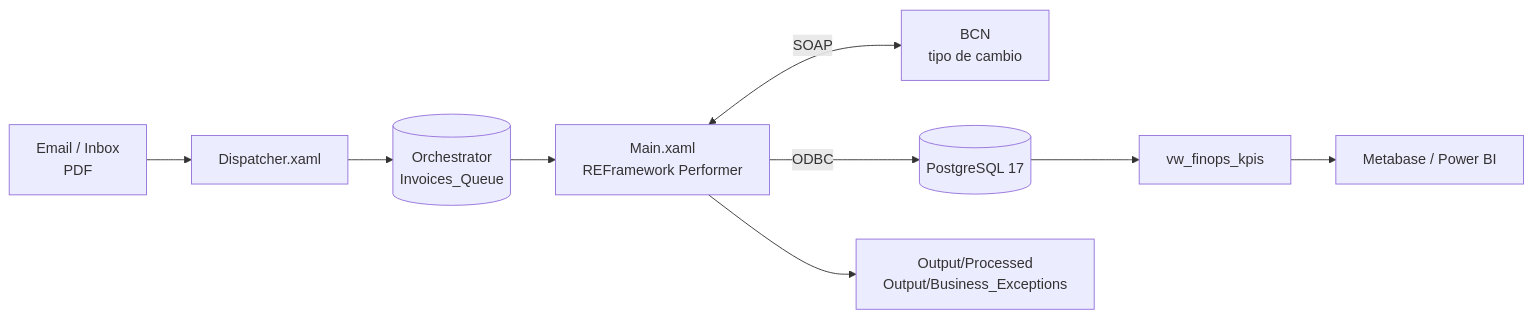
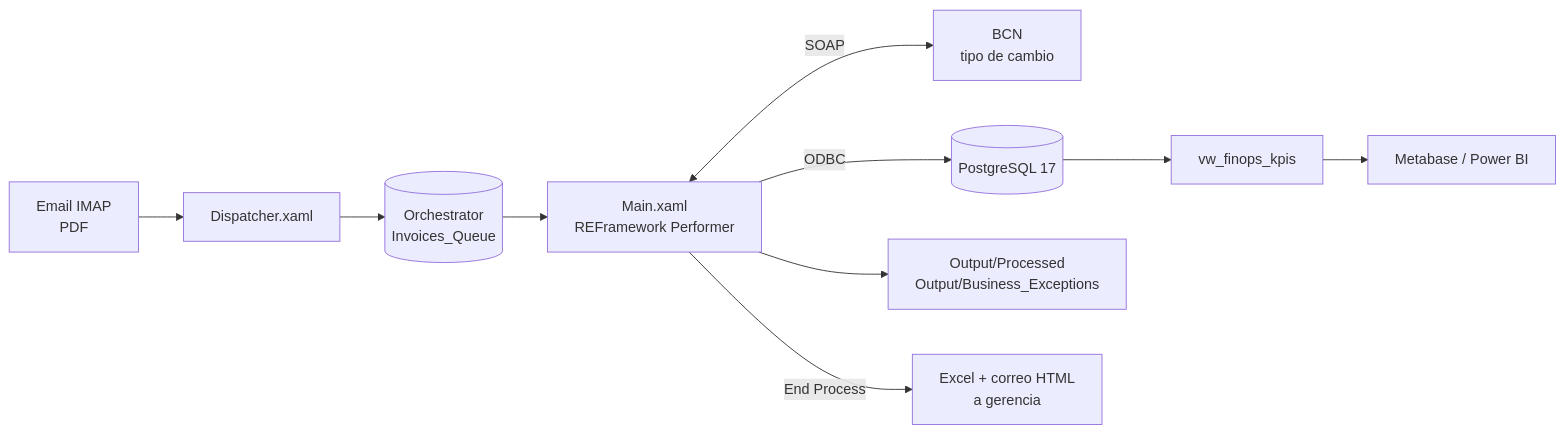
The diagram in README.md (NormanSMA/autofinops-rpa-engine), drawn with Mermaid before and after one commit. The commit also changed other lines of this file and 13 other files, not shown here.

````diff
--- a/README.md
+++ b/README.md
@@ -47,11 +47,12 @@
 ```mermaid
 flowchart LR
-    A[Email / Inbox<br/>PDF] --> B[Dispatcher.xaml]
+    A[Email IMAP<br/>PDF] --> B[Dispatcher.xaml]
     B --> C[(Orchestrator<br/>Invoices_Queue)]
     C --> D[Main.xaml<br/>REFramework Performer]
     D <-->|SOAP| E[BCN<br/>tipo de cambio]
     D -->|ODBC| F[(PostgreSQL 17)]
     F --> G[vw_finops_kpis]
     G --> H[Metabase / Power BI]
     D --> I[Output/Processed<br/>Output/Business_Exceptions]
+    D -->|End Process| J[Excel + correo HTML<br/>a gerencia]
 ```
````
